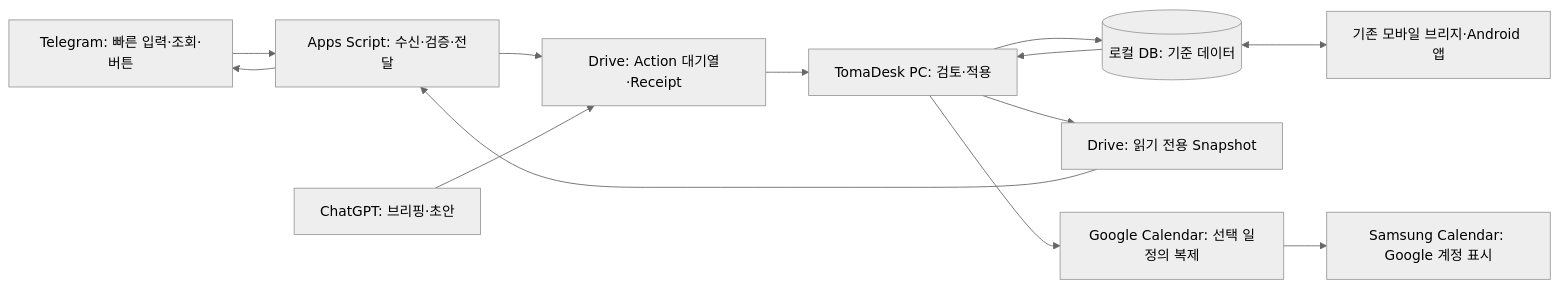
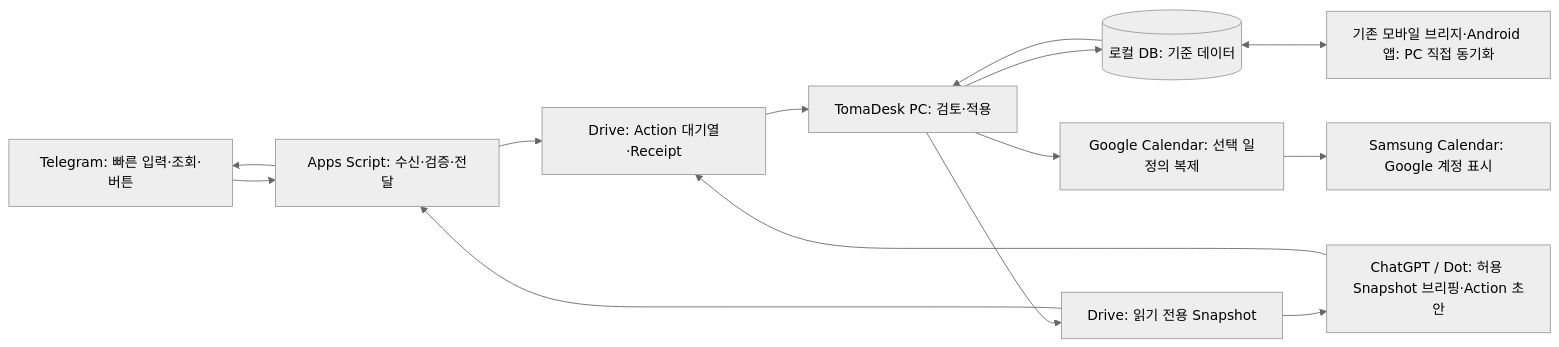
Before and after one commit to metmet123/https-github.com-met-tomadesk: the diagram in docs/TOMADESK_HUB_MASTER_PLAN.md, drawn with Mermaid (neutral theme). The commit also changed other lines of this file and 2 other files, not shown here.

Commit message:
Update hub plans for local mobile sync and optional Dot AI

````diff
--- a/docs/TOMADESK_HUB_MASTER_PLAN.md
+++ b/docs/TOMADESK_HUB_MASTER_PLAN.md
@@ -32,15 +36,16 @@
 ```mermaid
 flowchart LR
     TG[Telegram: 빠른 입력·조회·버튼] --> GAS[Apps Script: 수신·검증·전달]
     GAS --> Q[Drive: Action 대기열·Receipt]
     Q --> PC[TomaDesk PC: 검토·적용]
     PC --> DB[(로컬 DB: 기준 데이터)]
     DB --> PC
     PC --> S[Drive: 읽기 전용 Snapshot]
     S --> GAS
     GAS --> TG
     PC --> GC[Google Calendar: 선택 일정의 복제]
     GC --> SC[Samsung Calendar: Google 계정 표시]
-    AI[ChatGPT: 브리핑·초안] --> Q
-    DB <--> MB[기존 모바일 브리지·Android 앱]
+    S --> AI[ChatGPT / Dot: 허용 Snapshot 브리핑·Action 초안]
+    AI --> Q
+    DB <--> MB[기존 모바일 브리지·Android 앱: PC 직접 동기화]
 ```
````
